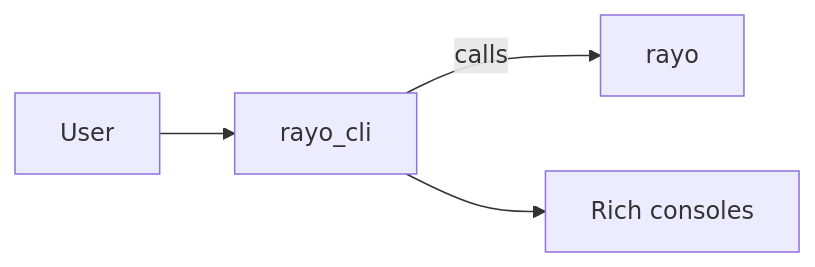
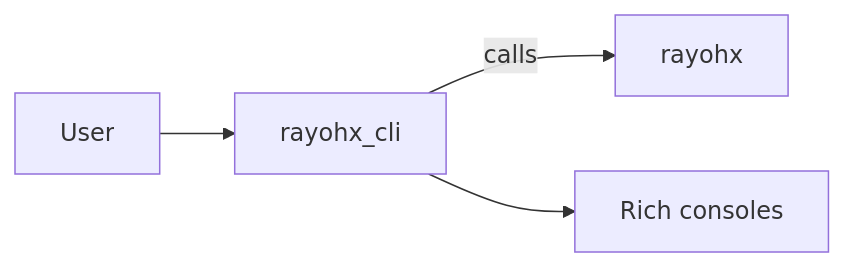
Before and after one commit to coldsofttech/Rayo: the second of 3 diagrams in docs/architecture.md, drawn with Mermaid. The commit also changed other lines of this file and 92 other files, not shown here.

````diff
--- a/docs/architecture.md
+++ b/docs/architecture.md
@@ -49,6 +49,6 @@
 ```mermaid
 flowchart LR
-    U[User] --> C[rayo_cli]
-    C -->|calls| L[rayo]
+    U[User] --> C[rayohx_cli]
+    C -->|calls| L[rayohx]
     C --> O[Rich consoles]
 ```
````
